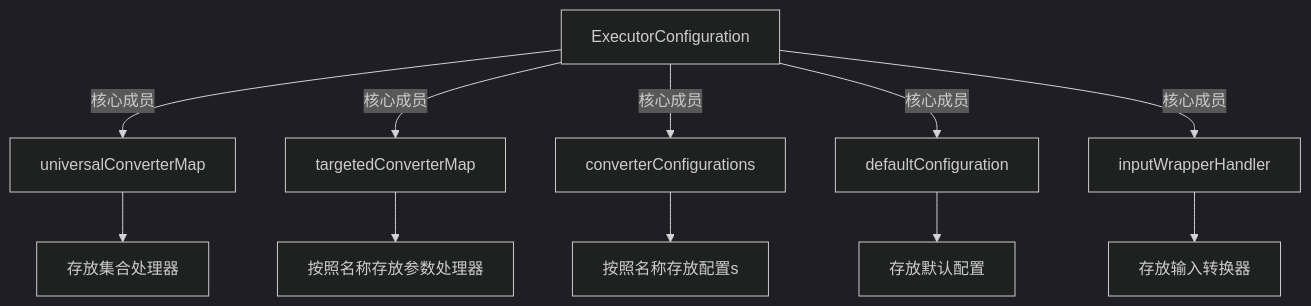
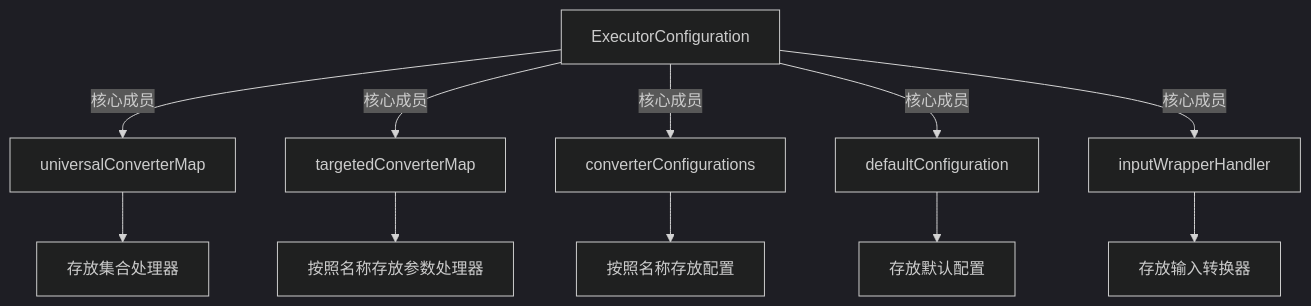
Before and after one commit to MissionLee/parameterConverter: the first of 8 diagrams in readme.md, drawn with Mermaid (dark theme). The commit also changed other lines of this file and 4 other files, not shown here.

````diff
--- a/readme.md
+++ b/readme.md
@@ -5,13 +7,13 @@
 ```mermaid
 graph TD;
 ExecutorConfiguration-->|核心成员|universalConverterMap
 ExecutorConfiguration-->|核心成员|targetedConverterMap
 ExecutorConfiguration-->|核心成员|converterConfigurations
 ExecutorConfiguration-->|核心成员|defaultConfiguration
 ExecutorConfiguration-->|核心成员|inputWrapperHandler
 universalConverterMap-->存放集合处理器
 targetedConverterMap-->按照名称存放参数处理器
-converterConfigurations-->按照名称存放配置s
+converterConfigurations-->按照名称存放配置
 defaultConfiguration-->存放默认配置
 inputWrapperHandler-->存放输入转换器
 ```
````
